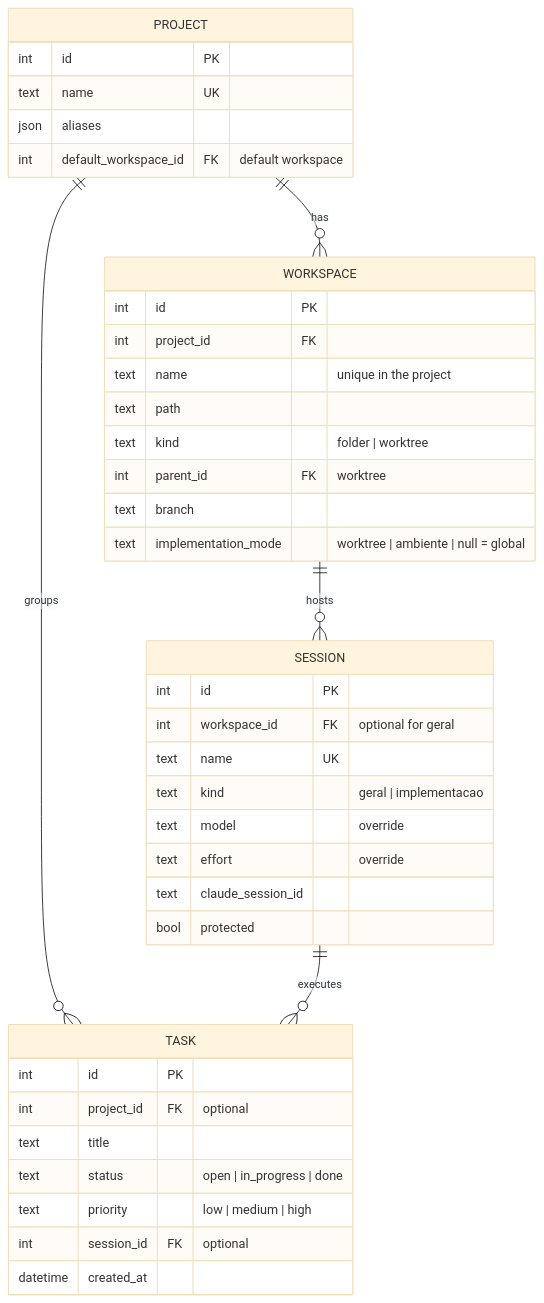
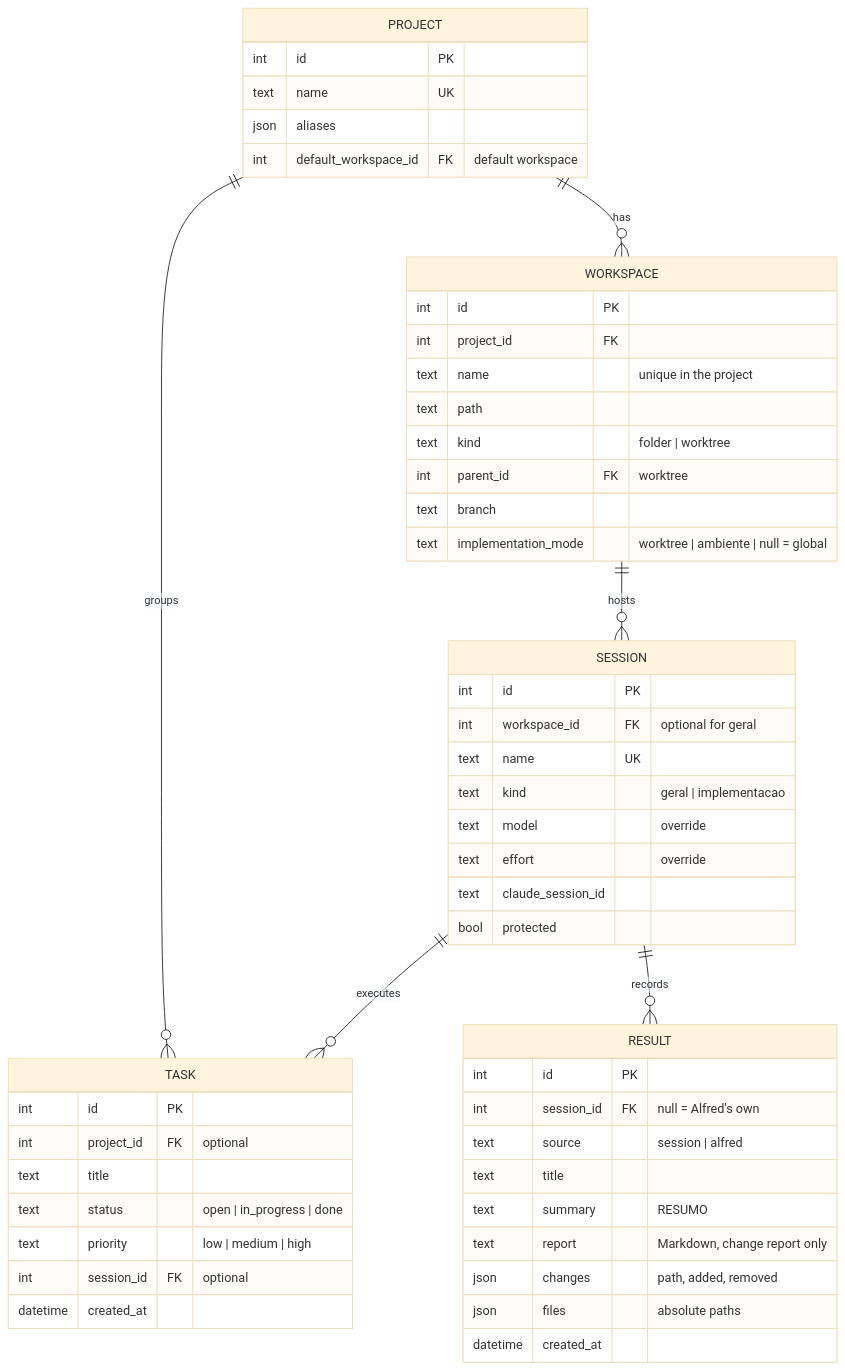
The fourth of 5 diagrams in docs/ARCHITECTURE.md (NavesDev/AlfredAgent), drawn with Mermaid (base theme) before and after one commit. The commit also changed other lines of this file and 3 other files, not shown here.

````diff
--- a/docs/ARCHITECTURE.md
+++ b/docs/ARCHITECTURE.md
@@ -191,43 +191,55 @@
 ```mermaid
 erDiagram
     PROJECT ||--o{ WORKSPACE : has
     WORKSPACE ||--o{ SESSION : hosts
     PROJECT ||--o{ TASK : groups
     SESSION ||--o{ TASK : executes
+    SESSION ||--o{ RESULT : records
 
     PROJECT {
         int id PK
         text name UK
         json aliases
         int default_workspace_id FK "default workspace"
     }
     WORKSPACE {
         int id PK
         int project_id FK
         text name "unique in the project"
         text path
         text kind "folder | worktree"
         int parent_id FK "worktree"
         text branch
         text implementation_mode "worktree | ambiente | null = global"
     }
     SESSION {
         int id PK
         int workspace_id FK "optional for geral"
         text name UK
         text kind "geral | implementacao"
         text model "override"
         text effort "override"
         text claude_session_id
         bool protected
     }
+    RESULT {
+        int id PK
+        int session_id FK "null = Alfred's own"
+        text source "session | alfred"
+        text title
+        text summary "RESUMO"
+        text report "Markdown, change report only"
+        json changes "path, added, removed"
+        json files "absolute paths"
+        datetime created_at
+    }
     TASK {
         int id PK
         int project_id FK "optional"
         text title
         text status "open | in_progress | done"
         text priority "low | medium | high"
         int session_id FK "optional"
         datetime created_at
     }
 ```
````
